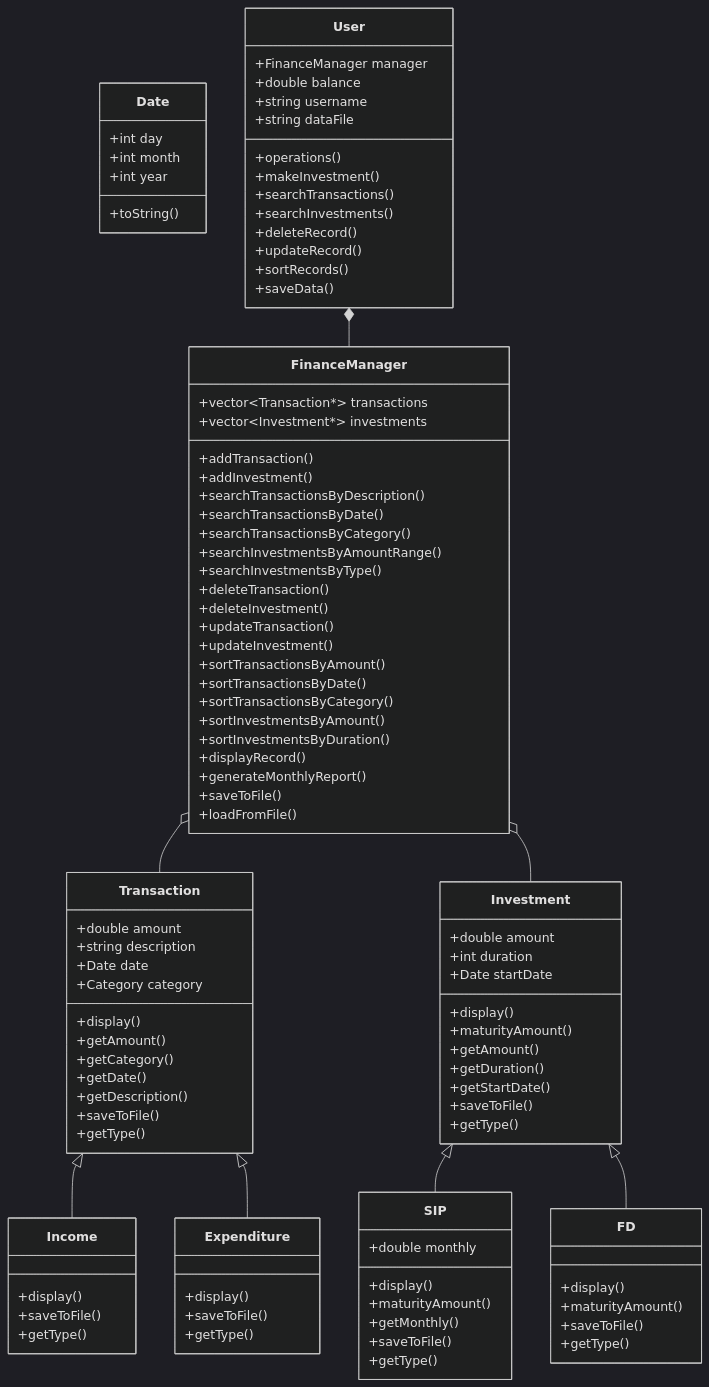
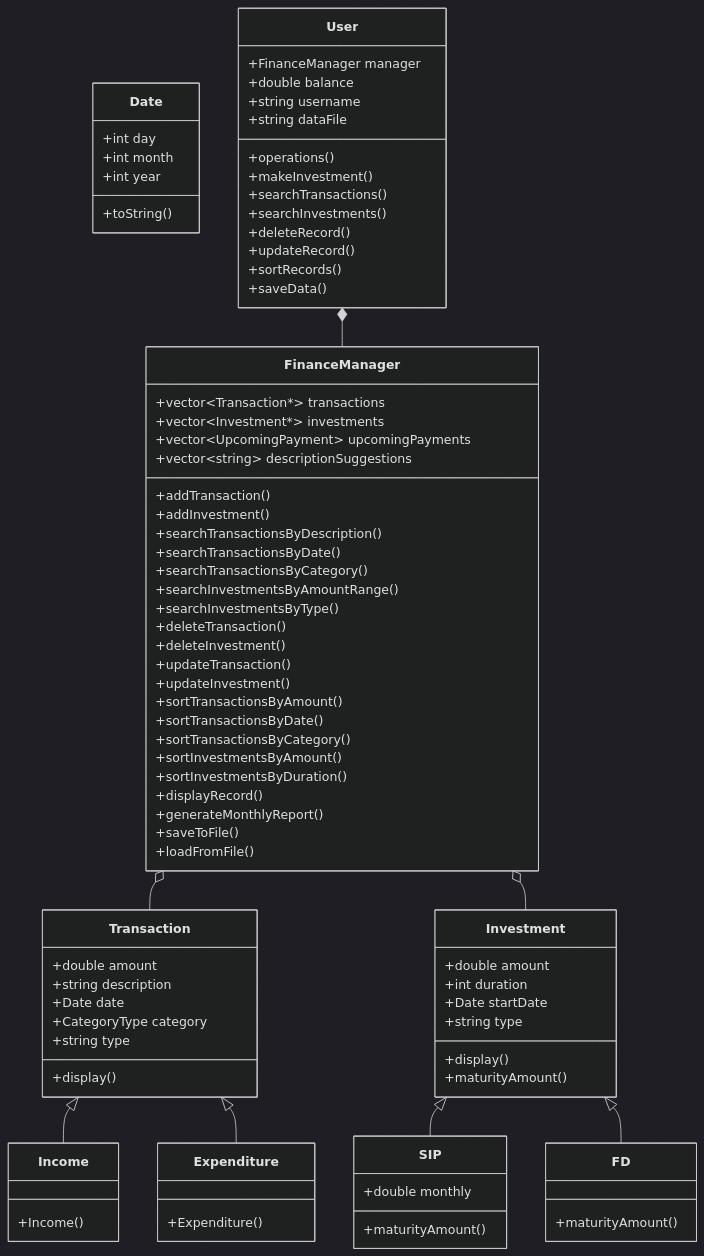
Before and after one commit to Ananya-Addisu/Personal-Finance-Management: the first of 2 diagrams in README.md, drawn with Mermaid (dark theme). The commit also changed other lines of this file, not shown here.

```diff
--- a/README.md
+++ b/README.md
@@ -110,60 +102,42 @@
         +double amount
         +string description
         +Date date
-        +Category category
+        +CategoryType category
+        +string type
         +display()
-        +getAmount()
-        +getCategory()
-        +getDate()
-        +getDescription()
-        +saveToFile()
-        +getType()
     }
     
     class Income {
-        +display()
-        +saveToFile()
-        +getType()
+        +Income()
     }
     
     class Expenditure {
-        +display()
-        +saveToFile()
-        +getType()
+        +Expenditure()
     }
     
     class Investment {
         +double amount
         +int duration
         +Date startDate
+        +string type
         +display()
         +maturityAmount()
-        +getAmount()
-        +getDuration()
-        +getStartDate()
-        +saveToFile()
-        +getType()
     }
     
     class SIP {
         +double monthly
-        +display()
         +maturityAmount()
-        +getMonthly()
-        +saveToFile()
-        +getType()
     }
     
     class FD {
-        +display()
         +maturityAmount()
-        +saveToFile()
-        +getType()
     }
     
     class FinanceManager {
         +vector~Transaction*~ transactions
         +vector~Investment*~ investments
+        +vector~UpcomingPayment~ upcomingPayments
+        +vector~string~ descriptionSuggestions
         +addTransaction()
         +addInvestment()
         +searchTransactionsByDescription()
```
